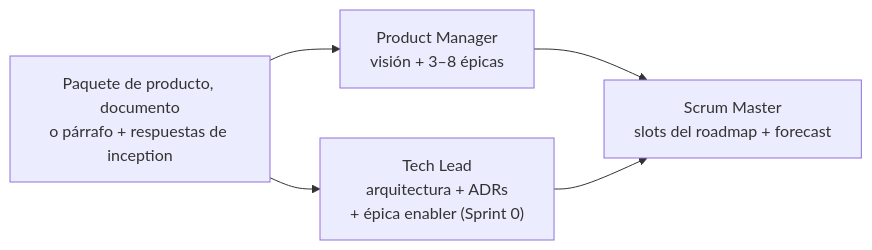
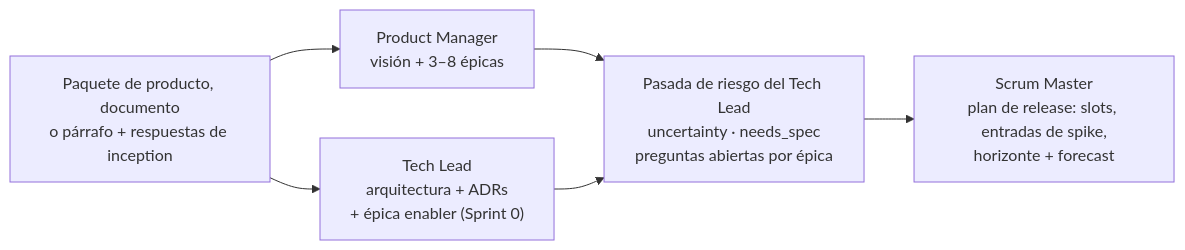
The diagram in site/content/es/commands/init.mdx (giolabs/conclave), drawn with Mermaid before and after one commit. The commit also changed other lines of this file and 41 other files, not shown here.

First line of the commit message:
docs(site): v2.1.0 spikes, SPEC and release horizon pages (EN/ES)

````diff
--- a/site/content/es/commands/init.mdx
+++ b/site/content/es/commands/init.mdx
@@ -129,7 +132,8 @@
 ```mermaid
 flowchart LR
     Idea["Paquete de producto, documento<br/>o párrafo + respuestas de inception"] --> PM["Product Manager<br/>visión + 3–8 épicas"]
     Idea --> TL["Tech Lead<br/>arquitectura + ADRs<br/>+ épica enabler (Sprint 0)"]
-    PM --> SM["Scrum Master<br/>slots del roadmap + forecast"]
-    TL --> SM
+    PM --> Risk["Pasada de riesgo del Tech Lead<br/>uncertainty · needs_spec<br/>preguntas abiertas por épica"]
+    TL --> Risk
+    Risk --> SM["Scrum Master<br/>plan de release: slots, entradas de spike,<br/>horizonte + forecast"]
 ```
````
